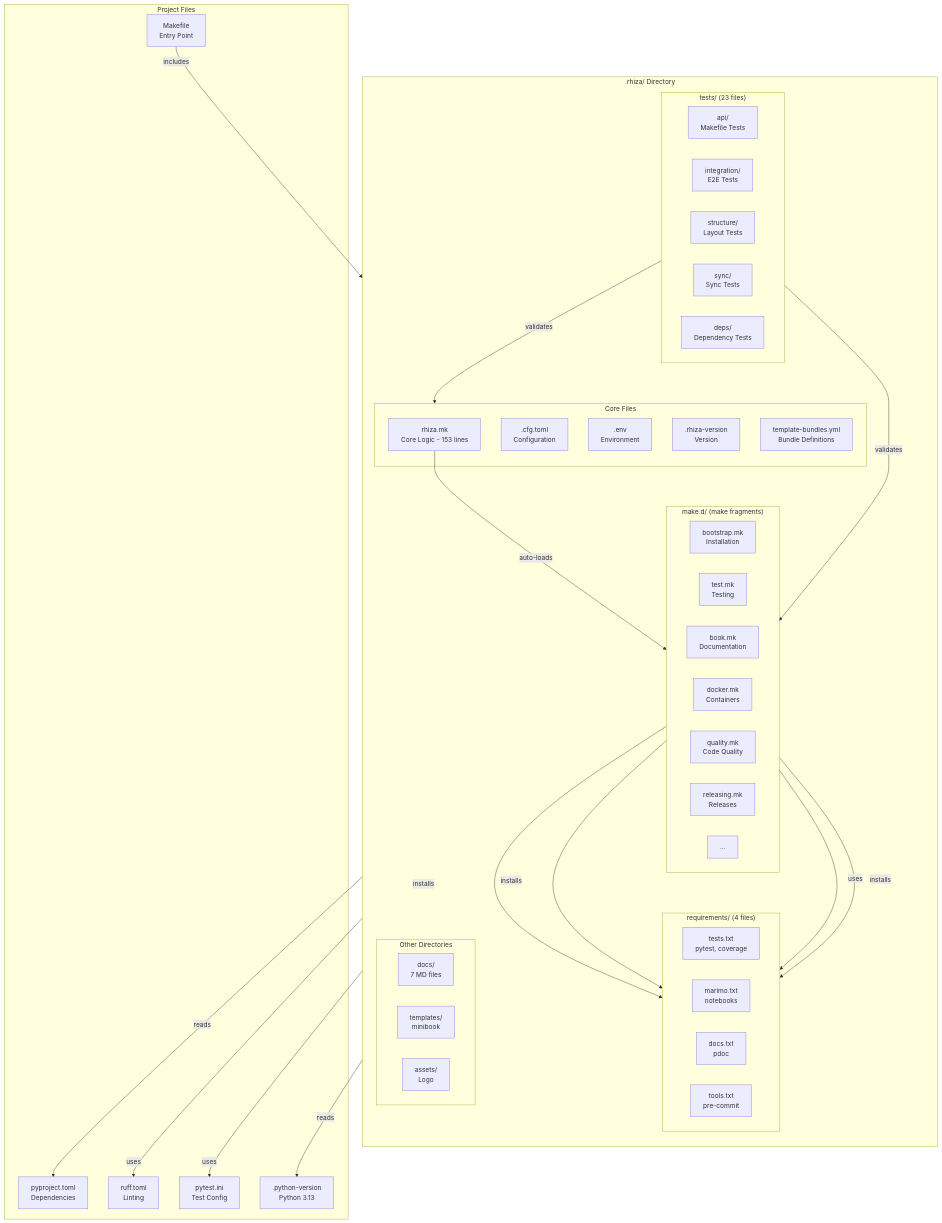
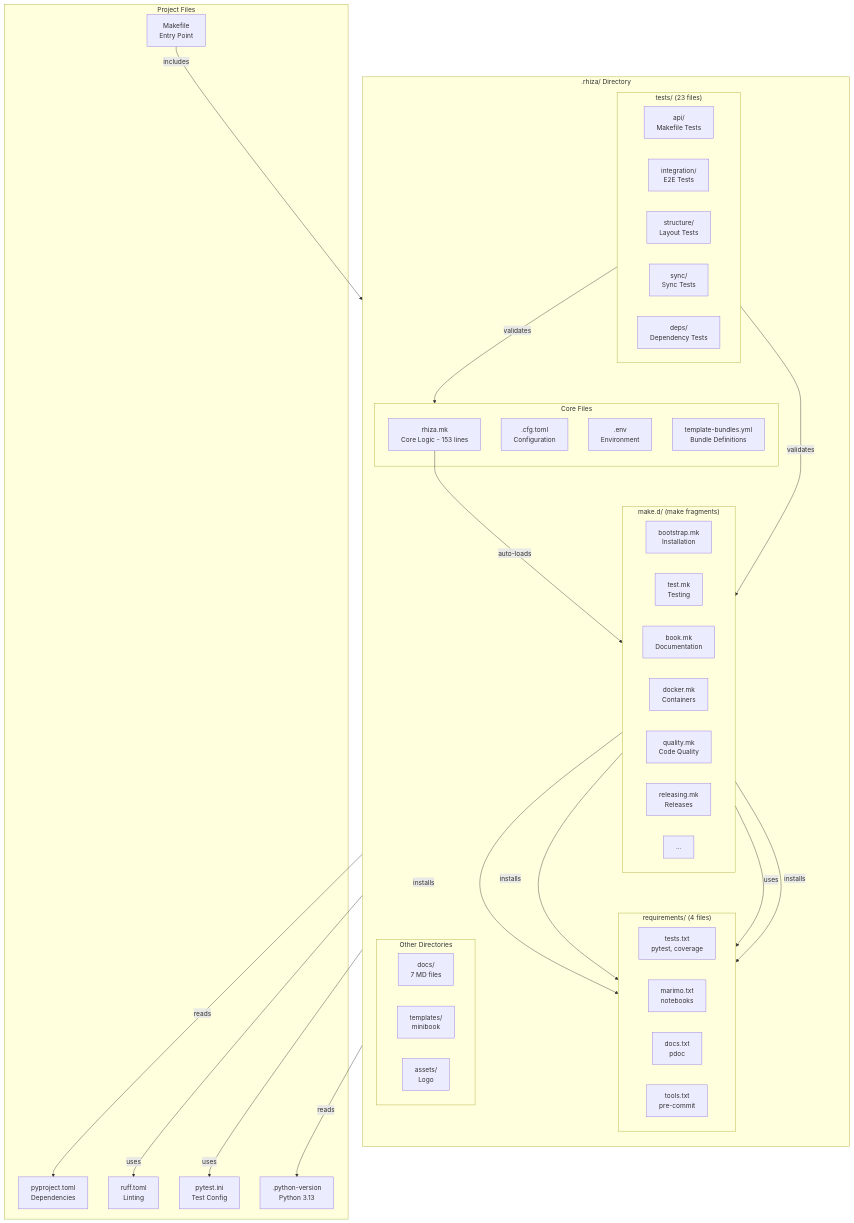
Before and after one commit to Jebel-Quant/rhiza: the seventh of 9 diagrams in docs/reference/ARCHITECTURE.md, drawn with Mermaid. The commit also changed other lines of this file and 19 other files, not shown here.

````diff
--- a/docs/reference/ARCHITECTURE.md
+++ b/docs/reference/ARCHITECTURE.md
@@ -220,70 +220,69 @@
 ```mermaid
 flowchart TB
     subgraph rhiza[".rhiza/ Directory"]
         direction TB
         
         subgraph core["Core Files"]
             rhizamk[rhiza.mk<br/>Core Logic - 153 lines]
             cfg[.cfg.toml<br/>Configuration]
             env[.env<br/>Environment]
-            version[.rhiza-version<br/>Version]
             bundles[template-bundles.yml<br/>Bundle Definitions]
         end
         
         subgraph maked["make.d/ (make fragments)"]
             direction LR
             bootstrap[bootstrap.mk<br/>Installation]
             test[test.mk<br/>Testing]
             book_mk[book.mk<br/>Documentation]
             docker_mk[docker.mk<br/>Containers]
             quality[quality.mk<br/>Code Quality]
             releasing[releasing.mk<br/>Releases]
             more[...]
         end
         
         subgraph requirements["requirements/ (4 files)"]
             direction LR
             tests_txt[tests.txt<br/>pytest, coverage]
             marimo_txt[marimo.txt<br/>notebooks]
             docs_txt[docs.txt<br/>pdoc]
             tools_txt[tools.txt<br/>pre-commit]
         end
         
         subgraph tests_dir["tests/ (23 files)"]
             direction LR
             api[api/<br/>Makefile Tests]
             integration[integration/<br/>E2E Tests]
             structure[structure/<br/>Layout Tests]
             sync[sync/<br/>Sync Tests]
             deps[deps/<br/>Dependency Tests]
         end
         
         subgraph other["Other Directories"]
             direction LR
             docs_dir[docs/<br/>7 MD files]
             templates_dir[templates/<br/>minibook]
             assets_dir[assets/<br/>Logo]
         end
     end
     
     subgraph project["Project Files"]
         Makefile[Makefile<br/>Entry Point]
         pyproject[pyproject.toml<br/>Dependencies]
         ruff_toml[ruff.toml<br/>Linting]
         pytest_ini[pytest.ini<br/>Test Config]
         python_version[.python-version<br/>Python 3.13]
     end
     
     Makefile -->|includes| rhizamk
     rhizamk -->|auto-loads| maked
     maked -->|reads| pyproject
     maked -->|reads| python_version
     test -->|uses| pytest_ini
     test -->|installs| tests_txt
     book_mk -->|installs| docs_txt
     book_mk -->|uses| marimo_txt
     quality -->|uses| ruff_toml
     bootstrap -->|installs| tools_txt
     tests_dir -->|validates| core
     tests_dir -->|validates| maked
 ```
````
